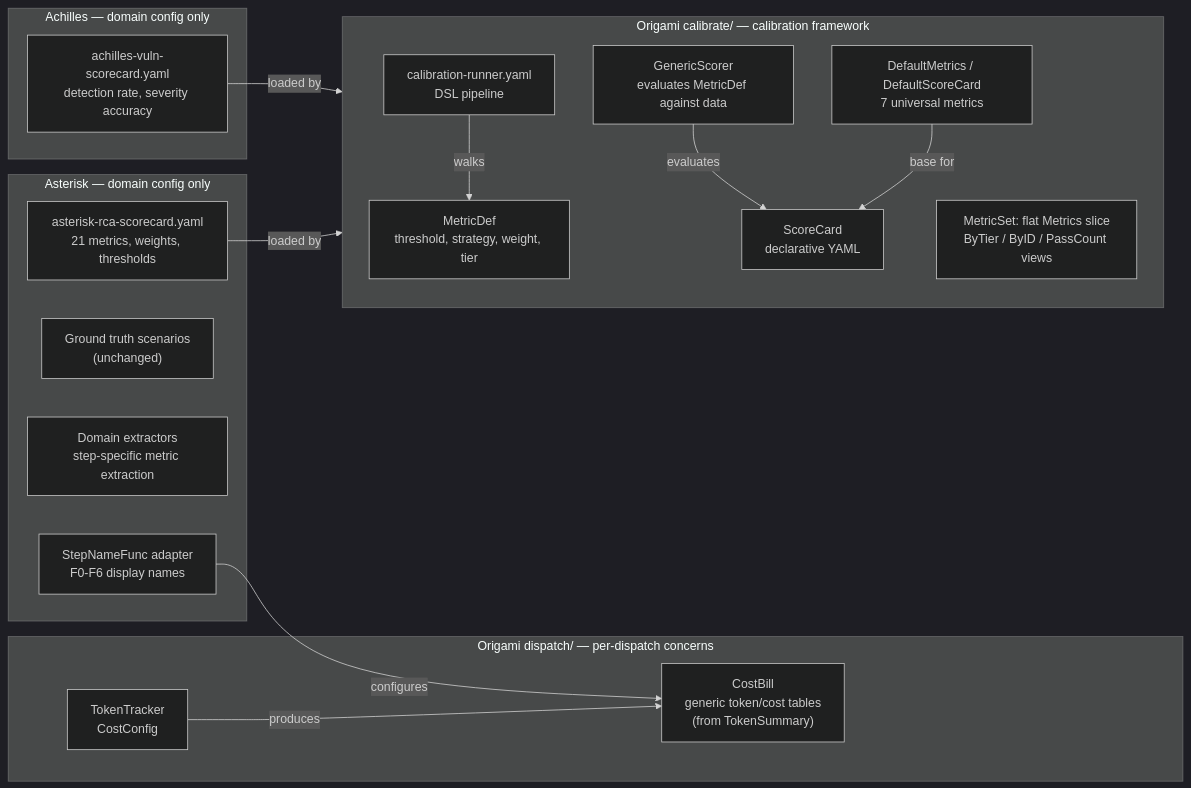
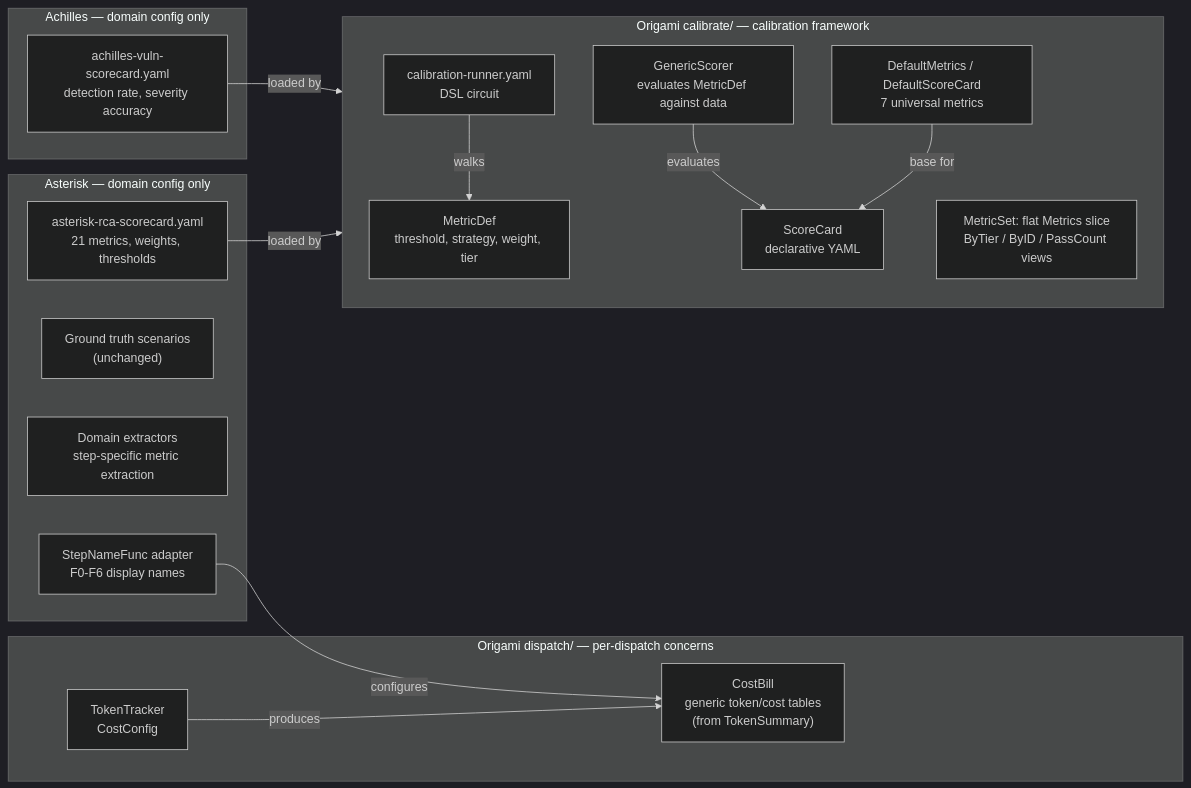
Before and after one commit to dpopsuev/asterisk: the second of 2 diagrams in .cursor/contracts/completed/polishing/principled-calibration-scorecard.md, drawn with Mermaid (dark theme). The commit also changed other lines of this file and 184 other files, not shown here.

First line of the commit message:
refactor: pipeline→circuit rename + rca-pure-dsl Phase 3-4 advance

````diff
--- a/.cursor/contracts/completed/polishing/principled-calibration-scorecard.md
+++ b/.cursor/contracts/completed/polishing/principled-calibration-scorecard.md
@@ -491,35 +491,35 @@
 ```mermaid
 flowchart LR
     subgraph dispatch_pkg [Origami dispatch/ — per-dispatch concerns]
         CostBill_["CostBill\ngeneric token/cost tables\n(from TokenSummary)"]
         TokenTracker_["TokenTracker\nCostConfig"]
     end
 
     subgraph calibrate_pkg [Origami calibrate/ — calibration framework]
         MetricDef_["MetricDef\nthreshold, strategy, weight, tier"]
         ScoreCard_["ScoreCard\ndeclarative YAML"]
         Defaults["DefaultMetrics / DefaultScoreCard\n7 universal metrics"]
-        CalPipeline["calibration-runner.yaml\nDSL pipeline"]
+        CalCircuit["calibration-runner.yaml\nDSL circuit"]
         Scorer["GenericScorer\nevaluates MetricDef against data"]
         FlatMS["MetricSet: flat Metrics slice\nByTier / ByID / PassCount views"]
     end
 
     subgraph asterisk2 [Asterisk — domain config only]
         AstScoreCard["asterisk-rca-scorecard.yaml\n21 metrics, weights, thresholds"]
         AstGT["Ground truth scenarios\n(unchanged)"]
         AstDomain["Domain extractors\nstep-specific metric extraction"]
         StepNames["StepNameFunc adapter\nF0-F6 display names"]
     end
 
     subgraph achilles2 [Achilles — domain config only]
         AchScoreCard["achilles-vuln-scorecard.yaml\ndetection rate, severity accuracy"]
     end
 
     AstScoreCard -->|"loaded by"| calibrate_pkg
     AchScoreCard -->|"loaded by"| calibrate_pkg
-    CalPipeline -->|"walks"| MetricDef_
+    CalCircuit -->|"walks"| MetricDef_
     Scorer -->|"evaluates"| ScoreCard_
     StepNames -->|"configures"| CostBill_
     TokenTracker_ -->|"produces"| CostBill_
     Defaults -->|"base for"| ScoreCard_
 ```
````
